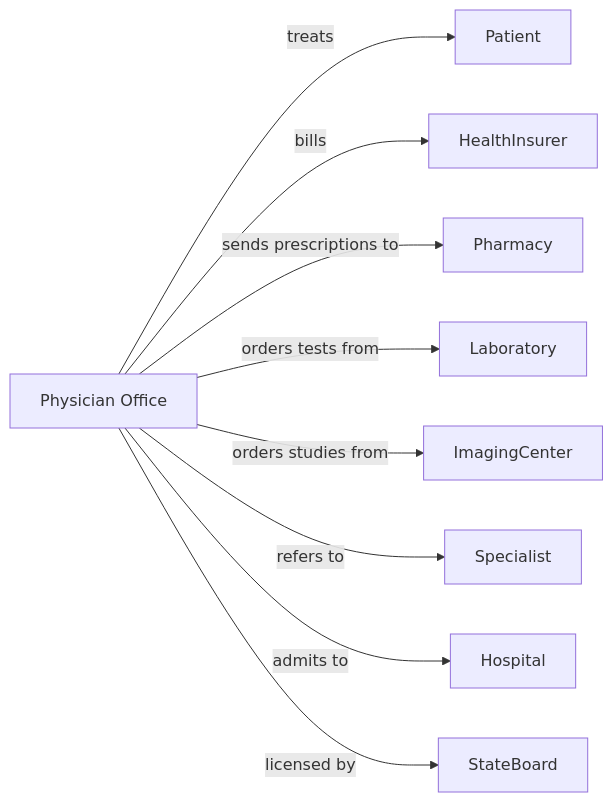
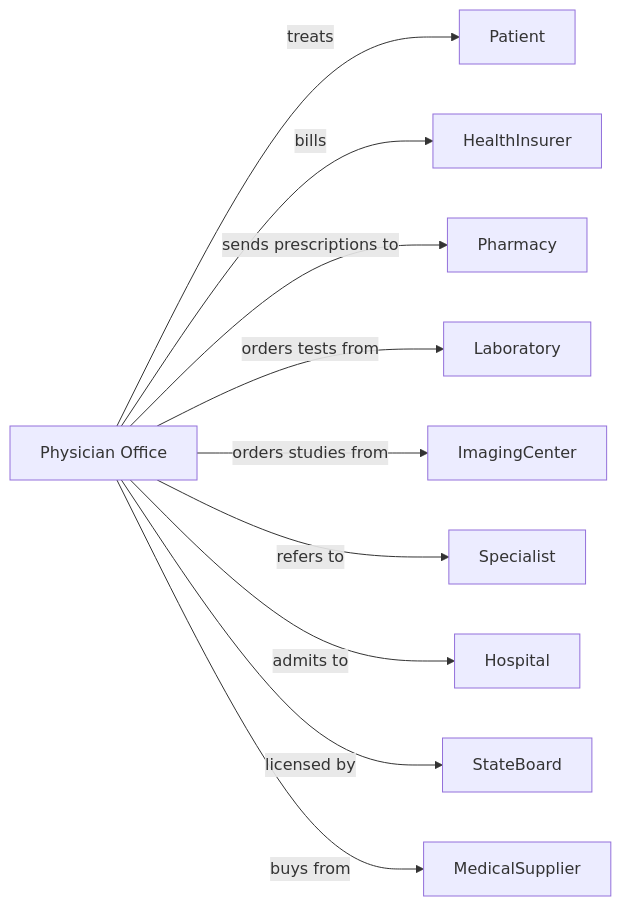
The second of 2 diagrams in HealthCare/AmbulatoryHealthCareServices/OfficesOfPhysicians/OfficesOfPhysiciansExceptMentalHealthSpecialists.mdx (dot-org-ai/industries.org.ai), drawn with Mermaid before and after one commit. The commit also changed 588 other files, not shown here.

````diff
--- a/HealthCare/AmbulatoryHealthCareServices/OfficesOfPhysicians/OfficesOfPhysiciansExceptMentalHealthSpecialists.mdx
+++ b/HealthCare/AmbulatoryHealthCareServices/OfficesOfPhysicians/OfficesOfPhysiciansExceptMentalHealthSpecialists.mdx
@@ -142,13 +142,14 @@
 ```mermaid
 graph LR
     P[Physician Office]
 
     P -->|treats| Patient
     P -->|bills| HealthInsurer
     P -->|sends prescriptions to| Pharmacy
     P -->|orders tests from| Laboratory
     P -->|orders studies from| ImagingCenter
     P -->|refers to| Specialist
     P -->|admits to| Hospital
     P -->|licensed by| StateBoard
+    P -->|buys from| MedicalSupplier
 ```
````
